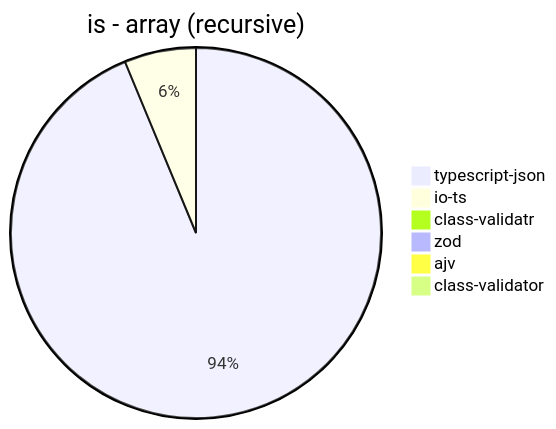
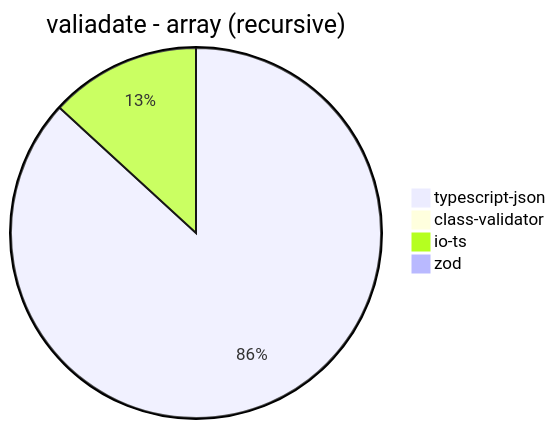
Diagram 13 of 32 in benchmark/results/AMD Ryzen 7 5800H with Radeon Graphics.md (samchon/typia), drawn with Mermaid before and after one commit. The commit also changed other lines of this file and 14 other files, not shown here.

Commit message:
Close #243 and Fix #244 - enhance json schema

````diff
--- a/benchmark/results/AMD Ryzen 7 5800H with Radeon Graphics.md
+++ b/benchmark/results/AMD Ryzen 7 5800H with Radeon Graphics.md
@@ -152,9 +154,7 @@
 ```mermaid
-pie title is - array (recursive)
-  "typescript-json": 7331.532873905756
-  "io-ts": 489.44760506514956
-  "class-validatr": 0
-  "zod": 8.659638554216867
-  "ajv": 0
-  "class-validator": 5.283018867924529
+pie title valiadate - array (recursive)
+  "typescript-json": 1108.1998114985863
+  "class-validator": 5.568962316688324
+  "io-ts": 168.18097533840165
+  "zod": 8.955223880597014
 ```
````
